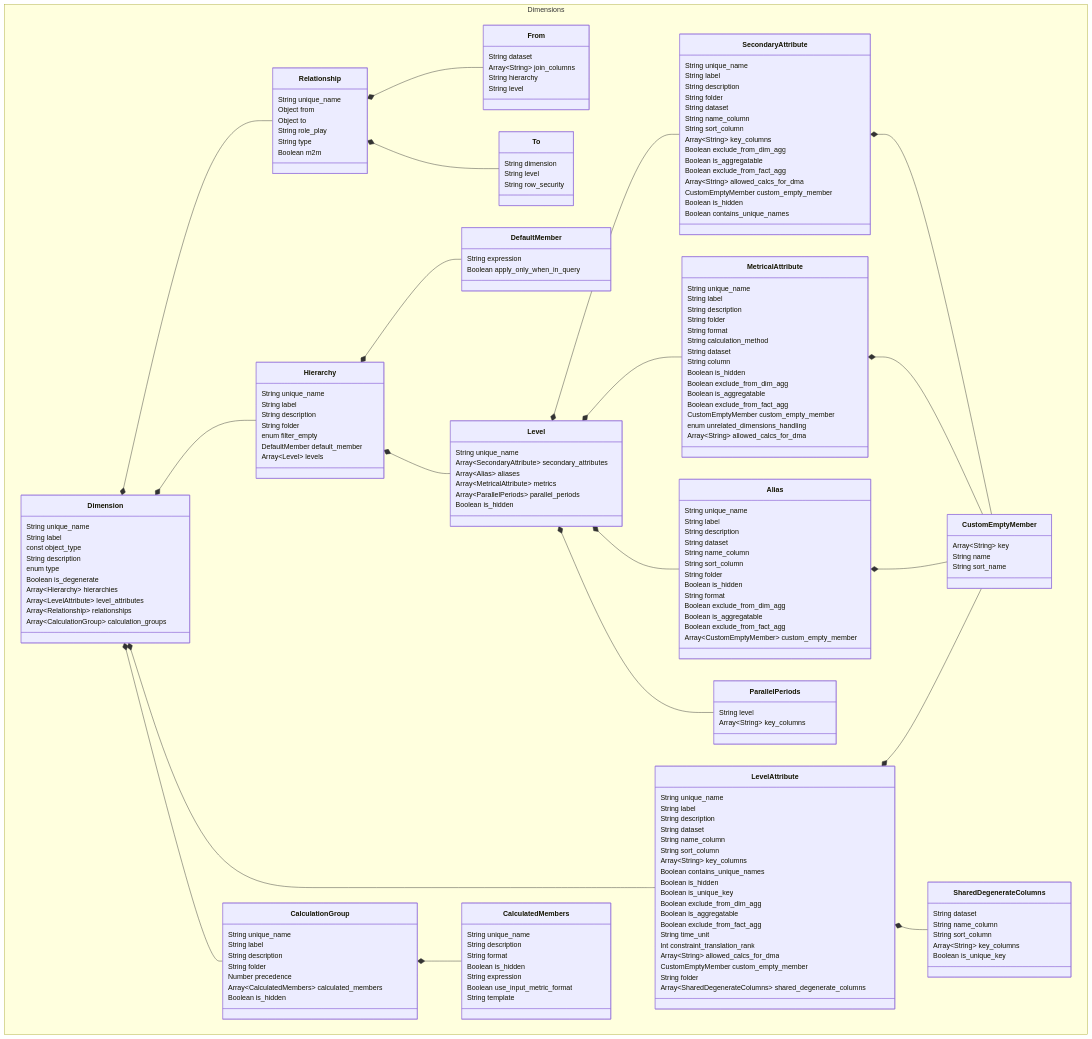
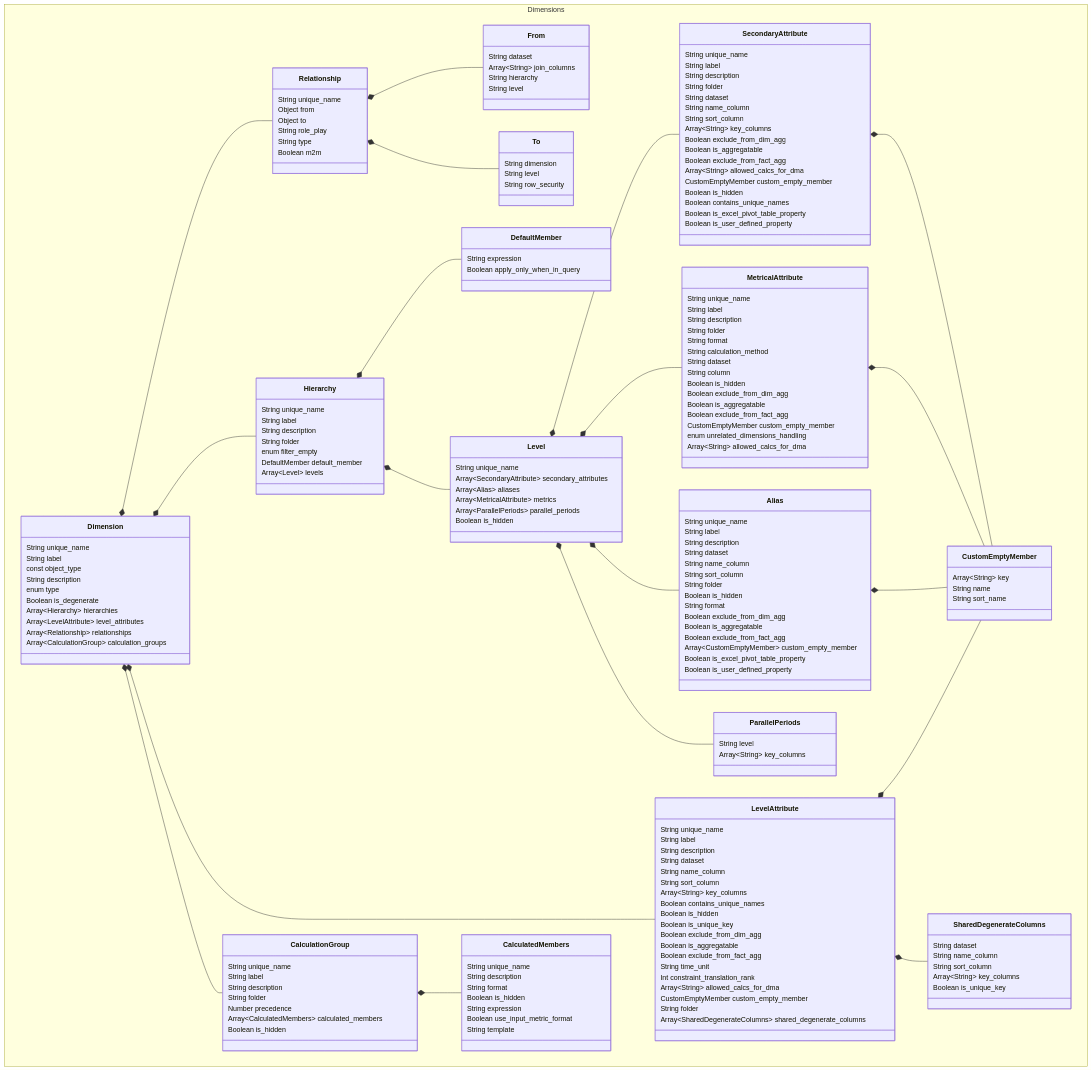
Before and after one commit to semanticdatalayer/SML: the diagram in sml-reference/dimension.md, drawn with Mermaid. The commit also changed other lines of this file and 1 other file, not shown here.

First line of the commit message:
V1.5 atscale 28484 excel pivot definittions (#39)

```diff
--- a/sml-reference/dimension.md
+++ b/sml-reference/dimension.md
@@ -229,6 +229,8 @@
       Boolean is_aggregatable
       Boolean exclude_from_fact_agg
       Array~CustomEmptyMember~ custom_empty_member
+      Boolean is_excel_pivot_table_property
+      Boolean is_user_defined_property
     }
     class MetricalAttribute{
       String unique_name
@@ -295,6 +297,8 @@
       CustomEmptyMember custom_empty_member
       Boolean is_hidden
       Boolean contains_unique_names
+      Boolean is_excel_pivot_table_property
+      Boolean is_user_defined_property
     }
     class CustomEmptyMember{
       Array~String~ key
```
